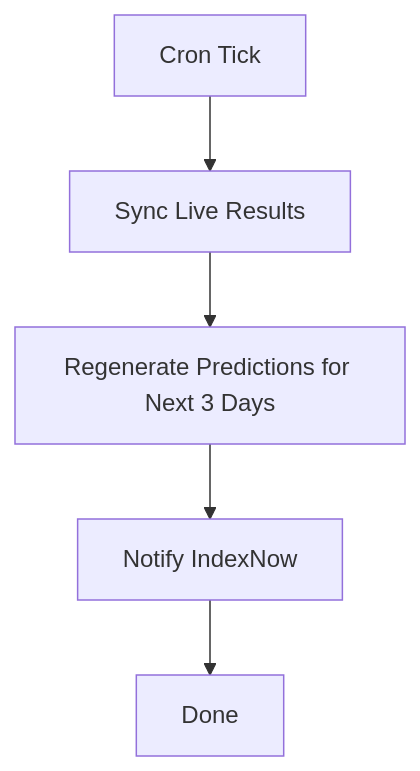
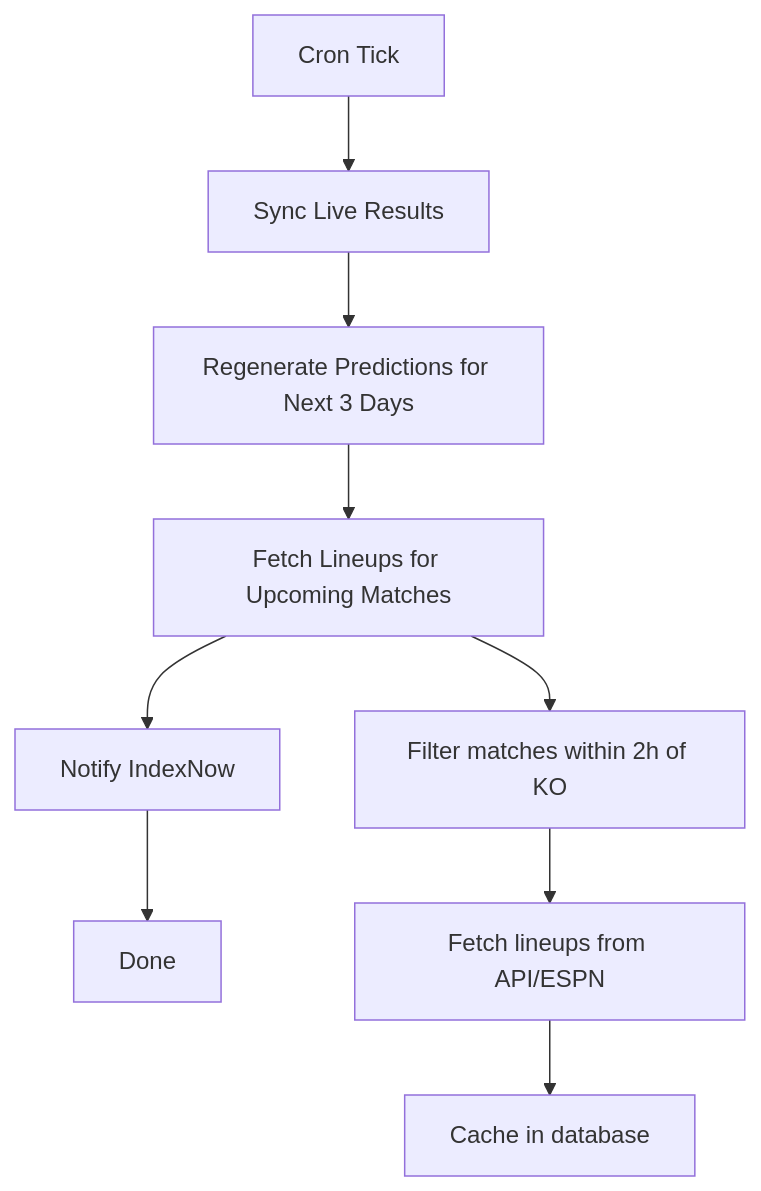
Diagram 11 of 12 in .qoder/repowiki/en/content/System Architecture/Backend Architecture.md (cheesiong/WC26-qwen), drawn with Mermaid before and after one commit. The commit also changed other lines of this file and 3 other files, not shown here.

````diff
--- a/.qoder/repowiki/en/content/System Architecture/Backend Architecture.md
+++ b/.qoder/repowiki/en/content/System Architecture/Backend Architecture.md
@@ -388,7 +444,11 @@
 ```mermaid
 flowchart TD
 CronStart["Cron Tick"] --> LiveSync["Sync Live Results"]
 LiveSync --> PredBatch["Regenerate Predictions for Next 3 Days"]
-PredBatch --> Notify["Notify IndexNow"]
+PredBatch --> LineupCron["Fetch Lineups for Upcoming Matches"]
+LineupCron --> Notify["Notify IndexNow"]
 Notify --> CronEnd["Done"]
+LineupCron --> FilterMatches["Filter matches within 2h of KO"]
+FilterMatches --> FetchLineups["Fetch lineups from API/ESPN"]
+FetchLineups --> CacheLineups["Cache in database"]
 ```
````
